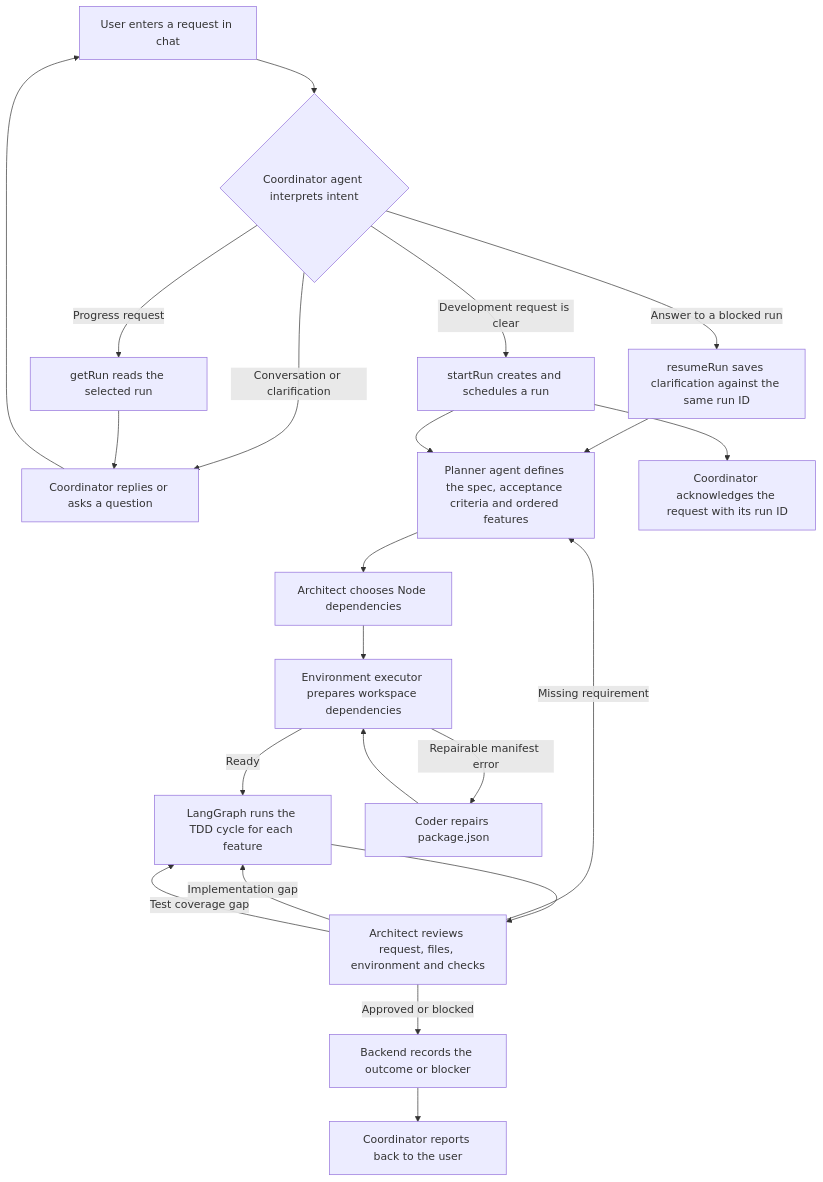
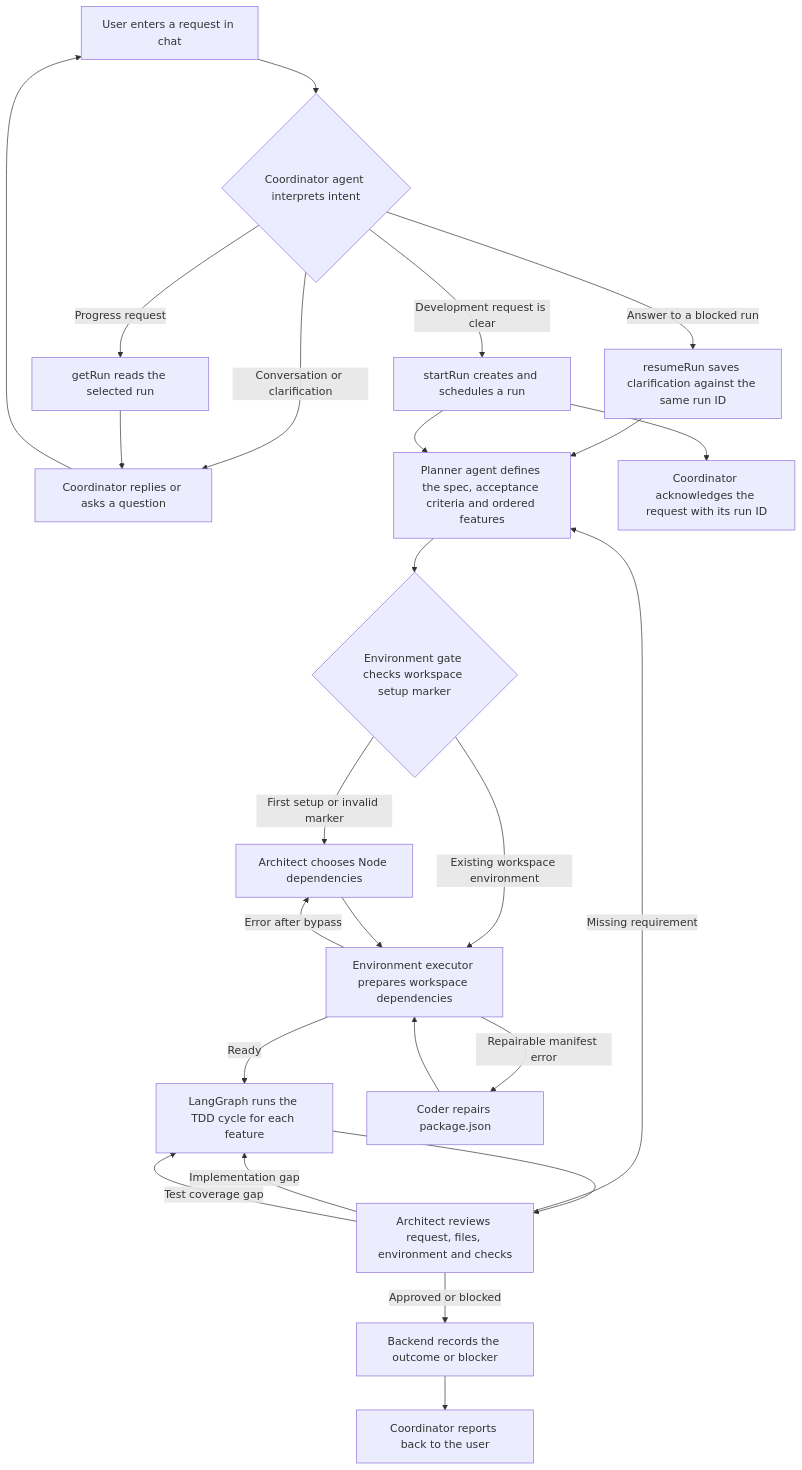
The first of 2 diagrams in docs/coordinator-tdd.md (Oceankj/AI-Coder), drawn with Mermaid before and after one commit. The commit also changed other lines of this file and 36 other files, not shown here.

````diff
--- a/docs/coordinator-tdd.md
+++ b/docs/coordinator-tdd.md
@@ -8,24 +8,27 @@
 ```mermaid
 flowchart TD
     user["User enters a request in chat"] --> coord{"Coordinator agent interprets intent"}
     coord -->|"Conversation or clarification"| reply["Coordinator replies or asks a question"]
     reply --> user
     coord -->|"Progress request"| query["getRun reads the selected run"]
     query --> reply
     coord -->|"Answer to a blocked run"| resume["resumeRun saves clarification against the same run ID"]
     resume --> plan
     coord -->|"Development request is clear"| start["startRun creates and schedules a run"]
     start --> ack["Coordinator acknowledges the request with its run ID"]
     start --> plan["Planner agent defines the spec, acceptance criteria and ordered features"]
-    plan --> architect["Architect chooses Node dependencies"]
-    architect --> setup["Environment executor prepares workspace dependencies"]
+    plan --> envGate{"Environment gate checks workspace setup marker"}
+    envGate -->|"First setup or invalid marker"| architect["Architect chooses Node dependencies"]
+    envGate -->|"Existing workspace environment"| setup["Environment executor prepares workspace dependencies"]
+    architect --> setup
     setup -->|"Ready"| loop["LangGraph runs the TDD cycle for each feature"]
+    setup -->|"Error after bypass"| architect
     setup -->|"Repairable manifest error"| config["Coder repairs package.json"]
     config --> setup
     loop --> acceptance["Architect reviews request, files, environment and checks"]
     acceptance -->|"Missing requirement"| plan
     acceptance -->|"Implementation gap"| loop
     acceptance -->|"Test coverage gap"| loop
     acceptance -->|"Approved or blocked"| result["Backend records the outcome or blocker"]
     result --> notify["Coordinator reports back to the user"]
 ```
````
